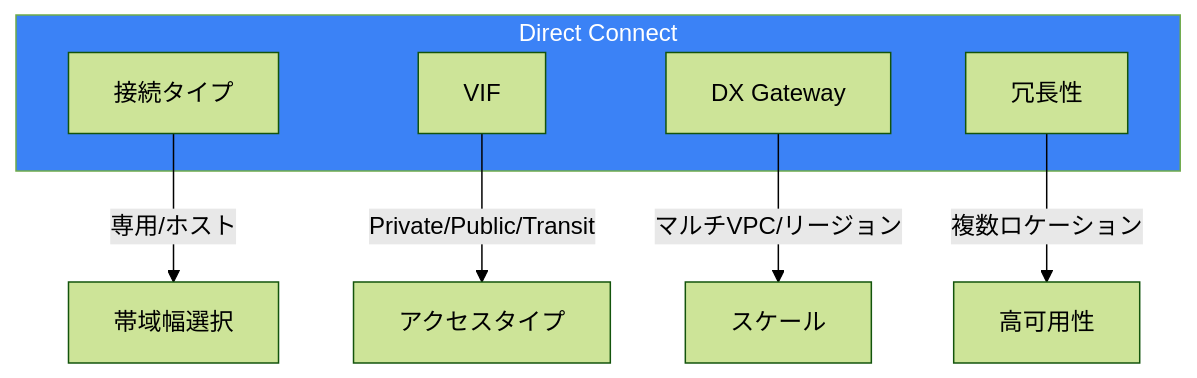
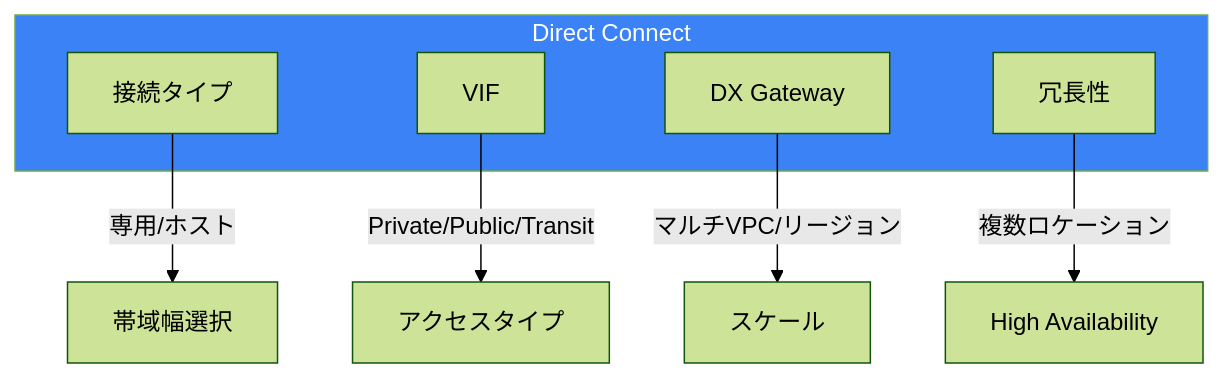
One commit to shunkus/shunku.net changed diagram 12 of 12 in content/blog/ja/aws-direct-connect.md. Above: the diagram before and after it, drawn with Mermaid (forest theme). The commit also changed other lines of this file and 56 other files, not shown here.

````diff
--- a/content/blog/ja/aws-direct-connect.md
+++ b/content/blog/ja/aws-direct-connect.md
@@ -483,16 +483,16 @@
 ```mermaid
 flowchart TB
     subgraph DirectConnect["Direct Connect"]
         Connection["接続タイプ"]
         VIF["VIF"]
         DXGW["DX Gateway"]
         Redundancy["冗長性"]
     end
 
     Connection --> |"専用/ホスト"| Speed["帯域幅選択"]
     VIF --> |"Private/Public/Transit"| Access["アクセスタイプ"]
     DXGW --> |"マルチVPC/リージョン"| Scale["スケール"]
-    Redundancy --> |"複数ロケーション"| HA["高可用性"]
+    Redundancy --> |"複数ロケーション"| HA["High Availability"]
 
     style DirectConnect fill:#3b82f6,color:#fff
 ```
````
